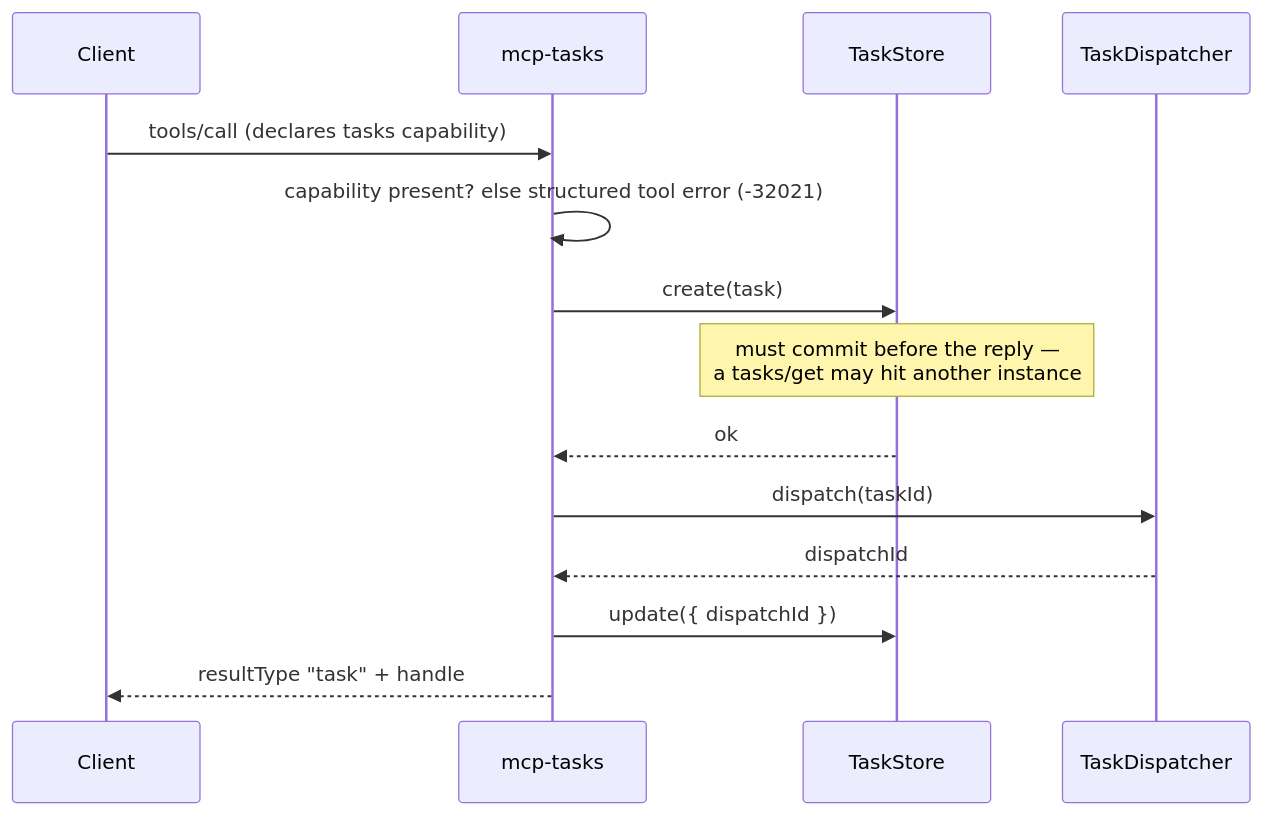
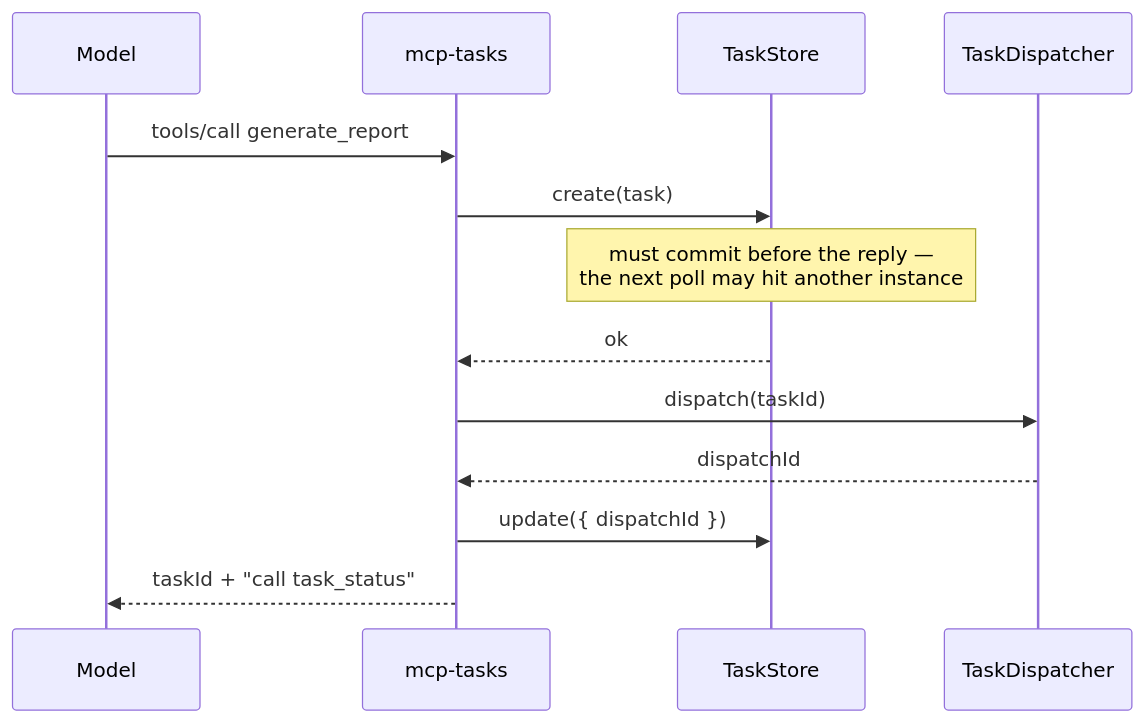
One commit to upstash/agentkit changed the first of 3 diagrams in packages/mcp-tasks/README.md. Above: the diagram before and after it, drawn with Mermaid. The commit also changed other lines of this file and 17 other files, not shown here.

````diff
--- a/packages/mcp-tasks/README.md
+++ b/packages/mcp-tasks/README.md
@@ -193,17 +232,16 @@
 ```mermaid
 sequenceDiagram
-    participant C as Client
+    participant M as Model
     participant S as mcp-tasks
     participant St as TaskStore
     participant D as TaskDispatcher
 
-    C->>S: tools/call (declares tasks capability)
-    S->>S: capability present? else structured tool error (-32021)
+    M->>S: tools/call generate_report
     S->>St: create(task)
-    Note over St: must commit before the reply —<br/>a tasks/get may hit another instance
+    Note over St: must commit before the reply —<br/>the next poll may hit another instance
     St-->>S: ok
     S->>D: dispatch(taskId)
     D-->>S: dispatchId
     S->>St: update({ dispatchId })
-    S-->>C: resultType "task" + handle
+    S-->>M: taskId + "call task_status"
 ```
````
